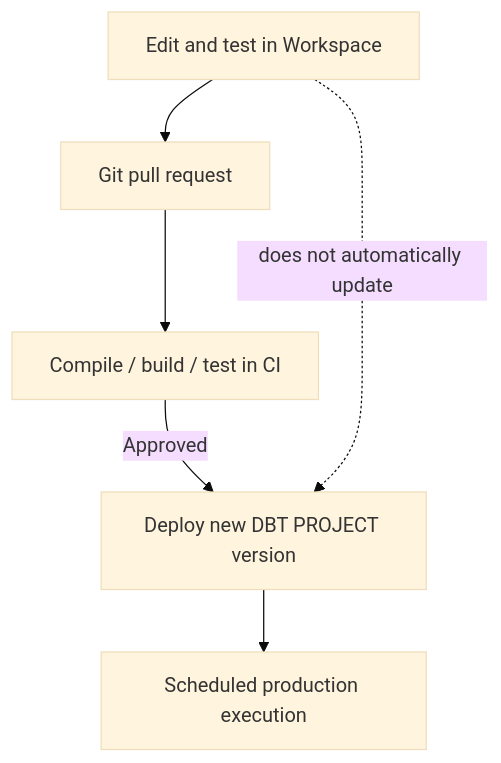
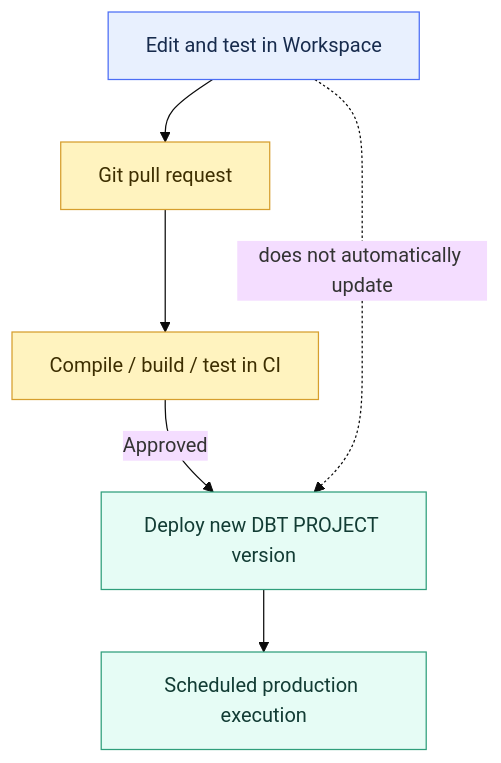
One commit to shonningsoy/Upskill changed the second of 2 diagrams in 01 Snowflake/04 Data Engineering/25 dbt on Snowflake.md. Above: the diagram before and after it, drawn with Mermaid (base theme). The commit also changed other lines of this file and 14 other files, not shown here.

````diff
--- a/01 Snowflake/04 Data Engineering/25 dbt on Snowflake.md
+++ b/01 Snowflake/04 Data Engineering/25 dbt on Snowflake.md
@@ -89,8 +102,17 @@
 ```mermaid
 flowchart TD
     EDIT[Edit and test in Workspace] --> PR[Git pull request]
     PR --> CI[Compile / build / test in CI]
     CI -->|Approved| VERSION[Deploy new DBT PROJECT version]
     VERSION --> RUN[Scheduled production execution]
     EDIT -.does not automatically update.-> VERSION
+
+    classDef input fill:#E8F0FE,stroke:#4C6EF5,color:#172B4D
+    classDef control fill:#FFF3BF,stroke:#D69E2E,color:#3D2E00
+    classDef snowflake fill:#E6FCF5,stroke:#2F9E7B,color:#123C34
+    classDef platform fill:#F1F3F5,stroke:#868E96,color:#212529
+    classDef output fill:#F3E8FF,stroke:#805AD5,color:#2D1B4E
+    class EDIT input
+    class PR,CI control
+    class VERSION,RUN snowflake
 ```
````
